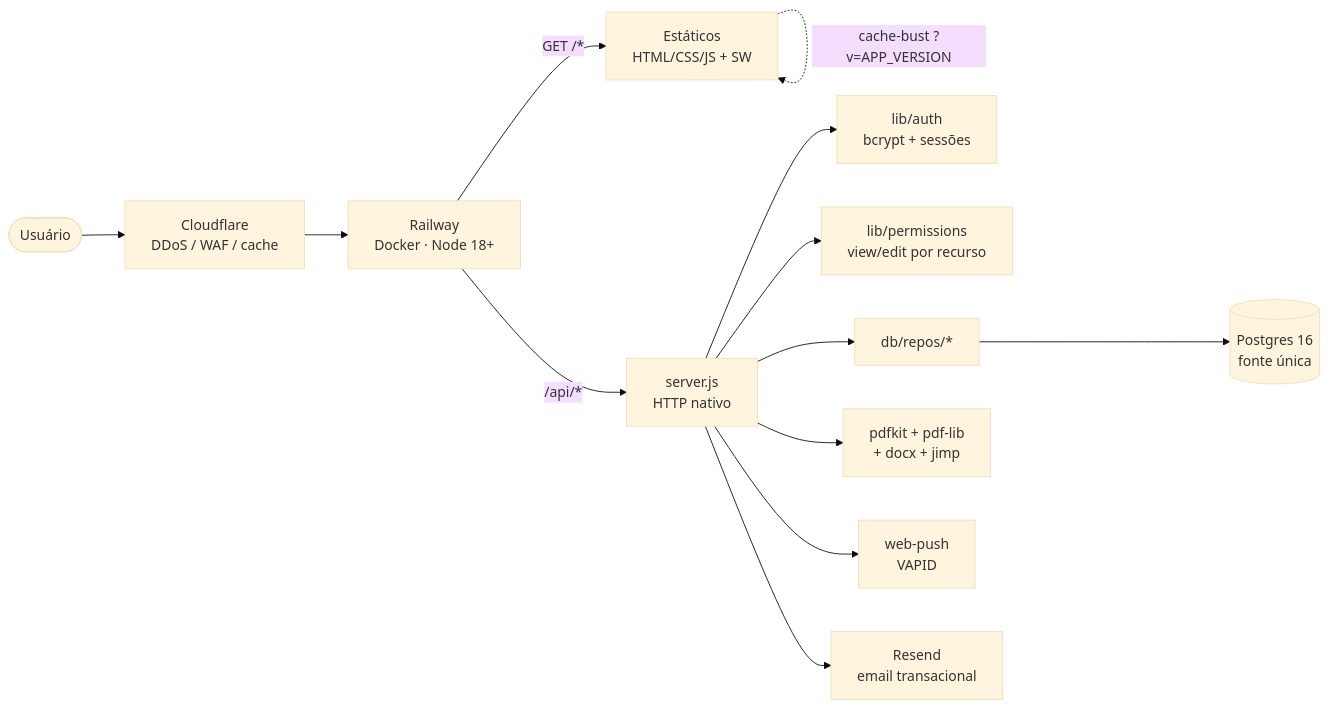
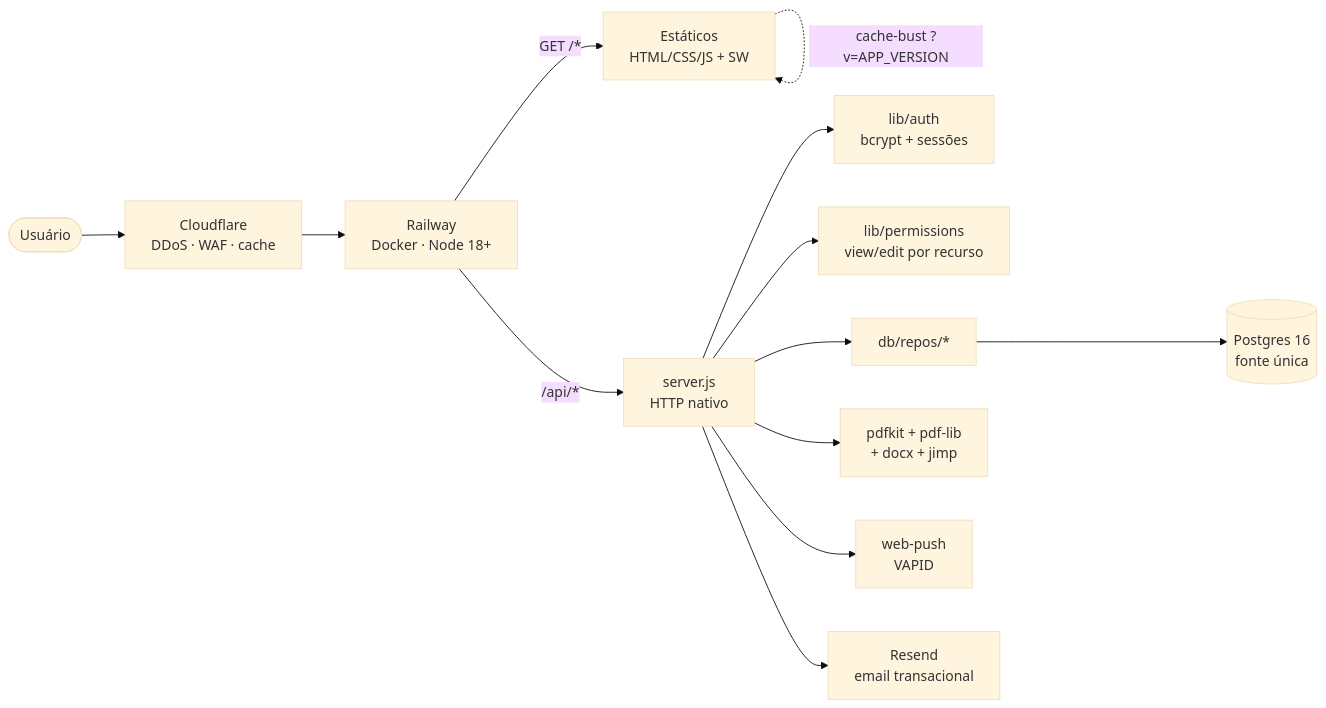
Before and after one commit to honorist/Rhino: the first of 4 diagrams in README.md, drawn with Mermaid (base theme). The commit also changed other lines of this file and 4 other files, not shown here.

First line of the commit message:
docs(v1.2.16): README + ARCHITECTURE + Manual com diagramas Mermaid

````diff
--- a/README.md
+++ b/README.md
@@ -9,15 +14,15 @@
 ```mermaid
 flowchart LR
-    user([Usuário]) --> cf[Cloudflare<br/>DDoS / WAF / cache]
+    user([Usuário]) --> cf[Cloudflare<br/>DDoS · WAF · cache]
     cf --> rw[Railway<br/>Docker · Node 18+]
     rw -->|"GET /*"| static[Estáticos<br/>HTML/CSS/JS + SW]
     rw -->|"/api/*"| api[server.js<br/>HTTP nativo]
     api --> auth[lib/auth<br/>bcrypt + sessões]
     api --> perms[lib/permissions<br/>view/edit por recurso]
     api --> repos[db/repos/*]
     repos --> pg[(Postgres 16<br/>fonte única)]
     api --> pdf[pdfkit + pdf-lib<br/>+ docx + jimp]
     api --> push[web-push<br/>VAPID]
     api --> mail[Resend<br/>email transacional]
     static -. cache-bust ?v=APP_VERSION .-> static
 ```
````
